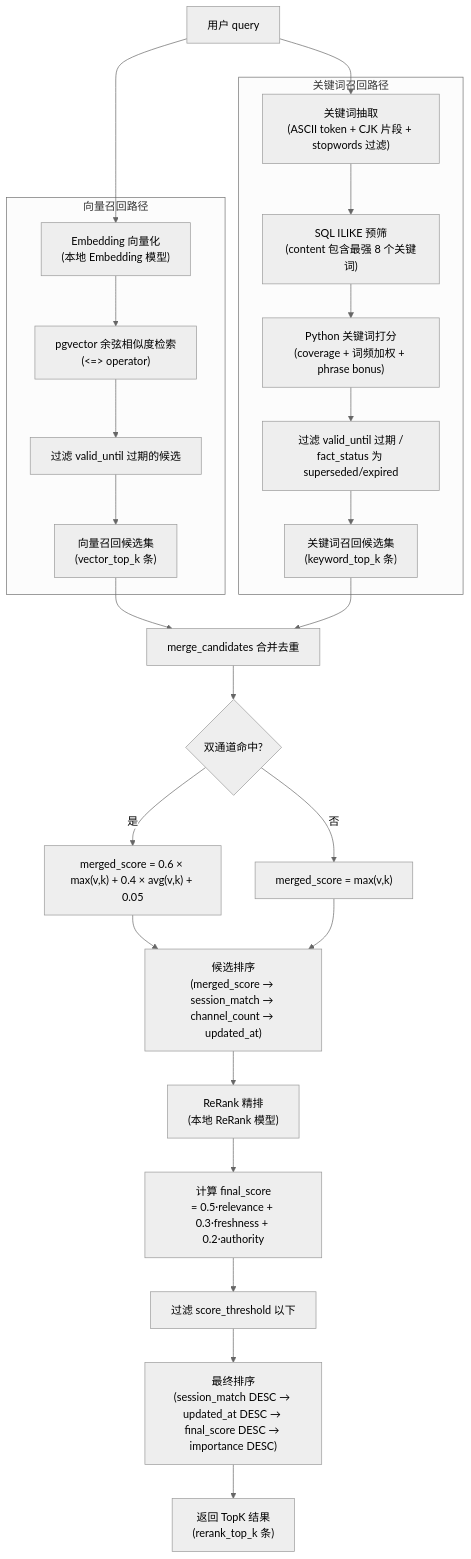
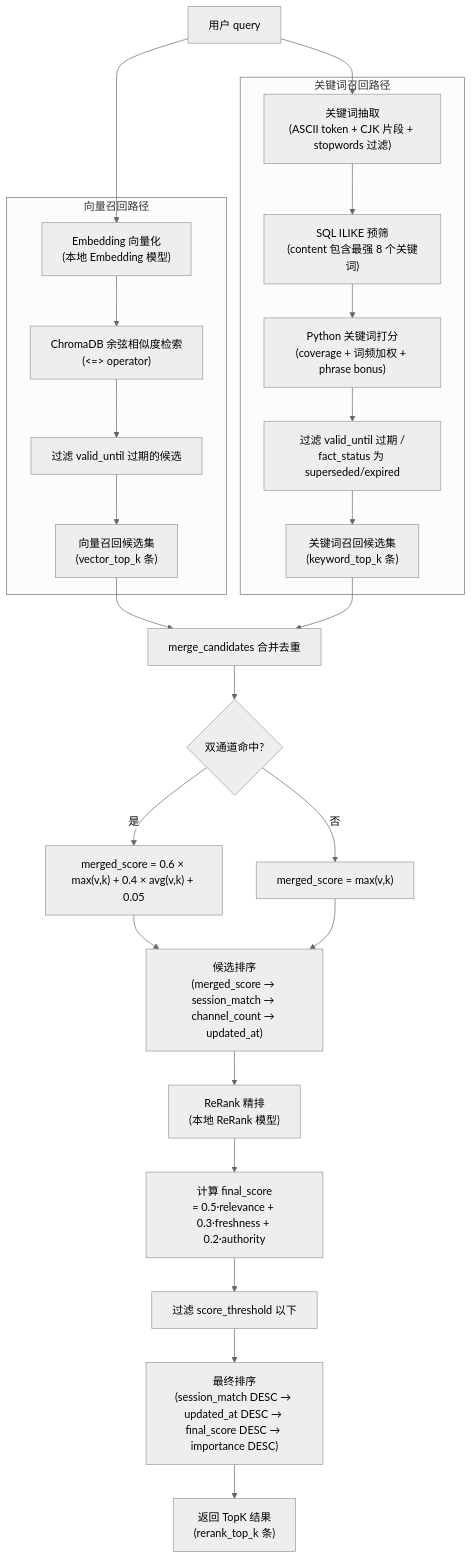
The sixth of 14 diagrams in README.md (xiao-Huahuo/Agent-Core-Service), drawn with Mermaid (neutral theme) before and after one commit. The commit also changed other lines of this file and 3 other files, not shown here.

````diff
--- a/README.md
+++ b/README.md
@@ -179,34 +309,34 @@
 ```mermaid
 flowchart TD
     A["用户 query"] --> B["Embedding 向量化<br/>(本地 Embedding 模型)"]
     A --> C["关键词抽取<br/>(ASCII token + CJK 片段 + stopwords 过滤)"]
 
     subgraph vector_path["向量召回路径"]
-        B --> D["pgvector 余弦相似度检索<br/>(<=> operator)"]
+        B --> D["ChromaDB 余弦相似度检索<br/>(<=> operator)"]
         D --> E["过滤 valid_until 过期的候选"]
         E --> F["向量召回候选集<br/>(vector_top_k 条)"]
     end
 
     subgraph keyword_path["关键词召回路径"]
         C --> G["SQL ILIKE 预筛<br/>(content 包含最强 8 个关键词)"]
         G --> H["Python 关键词打分<br/>(coverage + 词频加权 + phrase bonus)"]
         H --> I["过滤 valid_until 过期 /<br/>fact_status 为 superseded/expired"]
         I --> J["关键词召回候选集<br/>(keyword_top_k 条)"]
     end
 
     F --> K["merge_candidates 合并去重"]
     J --> K
 
     K --> L{"双通道命中?"}
     L -->|"是"| M["merged_score = 0.6 × max(v,k) + 0.4 × avg(v,k) + 0.05"]
     L -->|"否"| N["merged_score = max(v,k)"]
     M --> O["候选排序<br/>(merged_score → session_match → channel_count → updated_at)"]
     N --> O
 
     O --> P["ReRank 精排<br/>(本地 ReRank 模型)"]
 
     P --> Q["计算 final_score<br/>= 0.5·relevance + 0.3·freshness + 0.2·authority"]
     Q --> R["过滤 score_threshold 以下"]
     R --> S["最终排序<br/>(session_match DESC → updated_at DESC → final_score DESC → importance DESC)"]
     S --> T["返回 TopK 结果<br/>(rerank_top_k 条)"]
 ```
````
